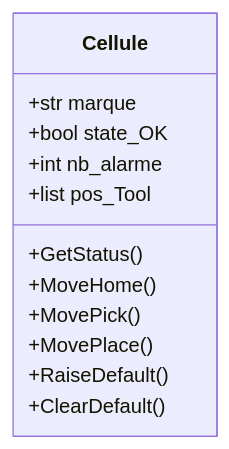
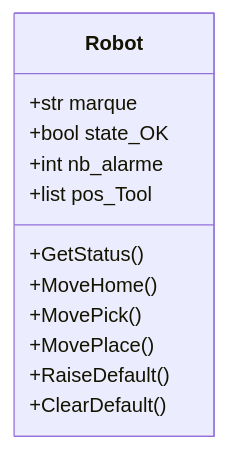
The diagram in EXO_1.md (Diablohazard/Priv-), drawn with Mermaid before and after one commit.

Commit message:
modif class robot

````diff
--- a/EXO_1.md
+++ b/EXO_1.md
@@ -15,15 +15,15 @@
 ```mermaid
 classDiagram
-    class Cellule {
+    class Robot {
         +str marque
         +bool state_OK
         +int nb_alarme
         +list<int> pos_Tool
         +GetStatus()
         +MoveHome()
         +MovePick()
         +MovePlace()
         +RaiseDefault()
         +ClearDefault()
 }
 ```
````
